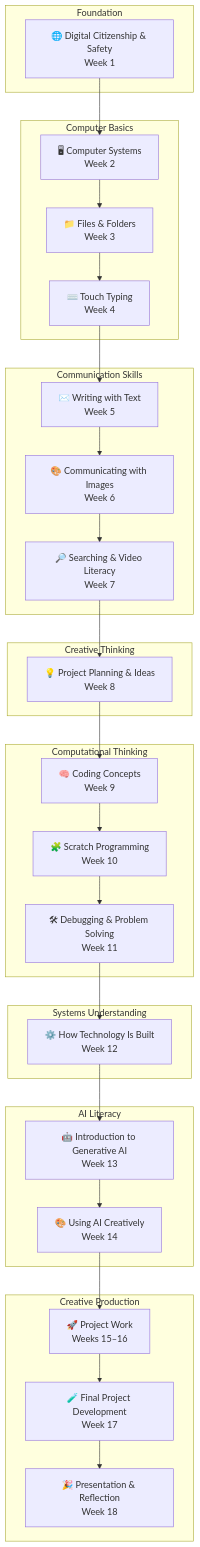
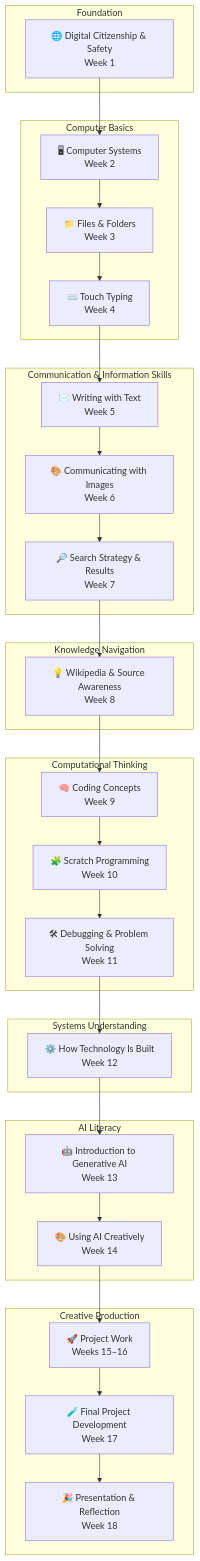
One commit to literacy-for-kids/computer_literacy_for_kids changed the first of 2 diagrams in website/docs/curriculum-overview.md. Above: the diagram before and after it, drawn with Mermaid. The commit also changed other lines of this file and 26 other files, not shown here.

````diff
--- a/website/docs/curriculum-overview.md
+++ b/website/docs/curriculum-overview.md
@@ -163,53 +165,53 @@
 ```mermaid
 flowchart TB
 
 subgraph L1[Foundation]
 A[🌐 Digital Citizenship & Safety<br>Week 1]
 end
 
 subgraph L2[Computer Basics]
 B[🖥 Computer Systems<br>Week 2]
 C[📁 Files & Folders<br>Week 3]
 D[⌨️ Touch Typing<br>Week 4]
 end
 
-subgraph L3[Communication Skills]
+subgraph L3[Communication & Information Skills]
 E[✉️ Writing with Text<br>Week 5]
 F[🎨 Communicating with Images<br>Week 6]
-G[🔎 Searching & Video Literacy<br>Week 7]
+G[🔎 Search Strategy & Results<br>Week 7]
 end
 
-subgraph L4[Creative Thinking]
-H[💡 Project Planning & Ideas<br>Week 8]
+subgraph L4[Knowledge Navigation]
+H[💡 Wikipedia & Source Awareness<br>Week 8]
 end
 
 subgraph L5[Computational Thinking]
 I[🧠 Coding Concepts<br>Week 9]
 J[🧩 Scratch Programming<br>Week 10]
 K[🛠 Debugging & Problem Solving<br>Week 11]
 end
 
 subgraph L6[Systems Understanding]
 L[⚙️ How Technology Is Built<br>Week 12]
 end
 
 subgraph L7[AI Literacy]
 M[🤖 Introduction to Generative AI<br>Week 13]
 N[🎨 Using AI Creatively<br>Week 14]
 end
 
 subgraph L8[Creative Production]
 O[🚀 Project Work<br>Weeks 15–16]
 P[🧪 Final Project Development<br>Week 17]
 Q[🎉 Presentation & Reflection<br>Week 18]
 end
 
 A --> B --> C --> D
 D --> E --> F --> G
 G --> H
 H --> I --> J --> K
 K --> L
 L --> M --> N
 N --> O --> P --> Q
 
 ```
````
